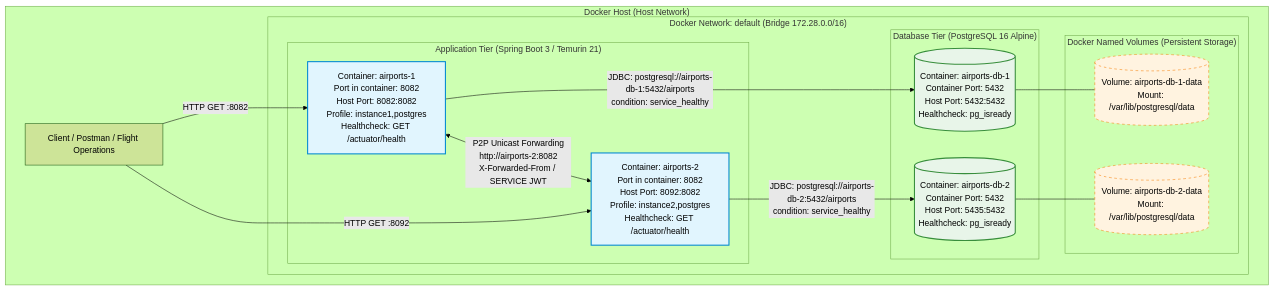
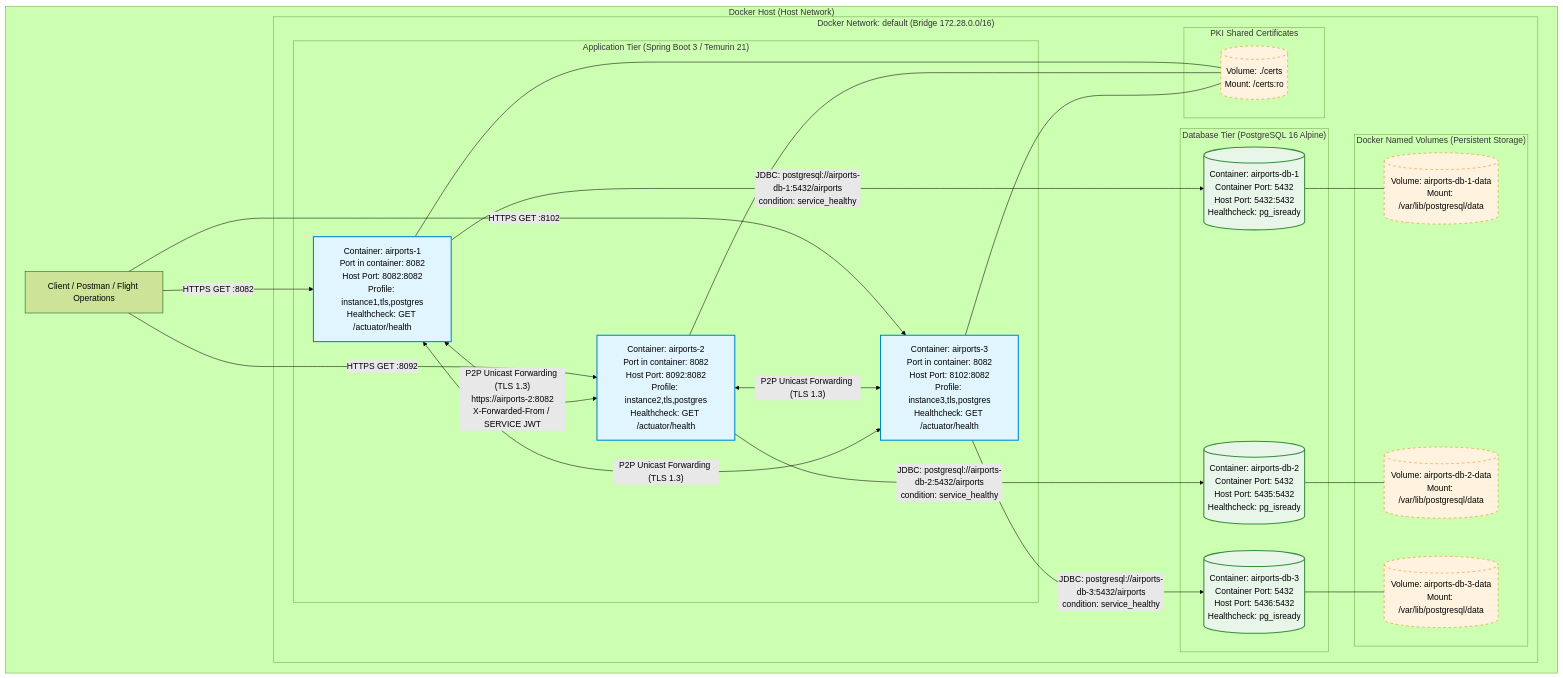
One commit to ImJay1527/airports-routes-service changed the diagram in docs/diagrams/7-docker-compose-deployment.mmd. Above: the diagram before and after it, drawn with Mermaid (forest theme). The commit also changed 5 other files, not shown here.

Commit message:
docs: align architecture, C4+1 model, and service contracts with peer services

```diff
--- a/docs/diagrams/7-docker-compose-deployment.mmd
+++ b/docs/diagrams/7-docker-compose-deployment.mmd
@@ -1,40 +1,56 @@
 %% C4 Deployment View: Standalone airports-routes Docker Compose Deployment
 flowchart TB
     subgraph Host["Docker Host (Host Network)"]
         client["Client / Postman / Flight Operations"]
 
         subgraph DockerBridge["Docker Network: default (Bridge 172.28.0.0/16)"]
             subgraph ServiceCluster["Application Tier (Spring Boot 3 / Temurin 21)"]
-                ar1["Container: airports-1<br/>Port in container: 8082<br/>Host Port: 8082:8082<br/>Profile: instance1,postgres<br/>Healthcheck: GET /actuator/health"]
-                ar2["Container: airports-2<br/>Port in container: 8082<br/>Host Port: 8092:8082<br/>Profile: instance2,postgres<br/>Healthcheck: GET /actuator/health"]
+                ar1["Container: airports-1<br/>Port in container: 8082<br/>Host Port: 8082:8082<br/>Profile: instance1,tls,postgres<br/>Healthcheck: GET /actuator/health"]
+                ar2["Container: airports-2<br/>Port in container: 8082<br/>Host Port: 8092:8082<br/>Profile: instance2,tls,postgres<br/>Healthcheck: GET /actuator/health"]
+                ar3["Container: airports-3<br/>Port in container: 8082<br/>Host Port: 8102:8082<br/>Profile: instance3,tls,postgres<br/>Healthcheck: GET /actuator/health"]
             end
 
             subgraph DatabaseTier["Database Tier (PostgreSQL 16 Alpine)"]
                 db1[("Container: airports-db-1<br/>Container Port: 5432<br/>Host Port: 5432:5432<br/>Healthcheck: pg_isready")]
                 db2[("Container: airports-db-2<br/>Container Port: 5432<br/>Host Port: 5435:5432<br/>Healthcheck: pg_isready")]
+                db3[("Container: airports-db-3<br/>Container Port: 5432<br/>Host Port: 5436:5432<br/>Healthcheck: pg_isready")]
             end
 
             subgraph Volumes["Docker Named Volumes (Persistent Storage)"]
                 vol1[("Volume: airports-db-1-data<br/>Mount: /var/lib/postgresql/data")]
                 vol2[("Volume: airports-db-2-data<br/>Mount: /var/lib/postgresql/data")]
+                vol3[("Volume: airports-db-3-data<br/>Mount: /var/lib/postgresql/data")]
+            end
+
+            subgraph CertsVolume["PKI Shared Certificates"]
+                volCerts[("Volume: ./certs<br/>Mount: /certs:ro")]
             end
         end
     end
 
-    client -->|"HTTP GET :8082"| ar1
-    client -->|"HTTP GET :8092"| ar2
+    client -->|"HTTPS GET :8082"| ar1
+    client -->|"HTTPS GET :8092"| ar2
+    client -->|"HTTPS GET :8102"| ar3
 
-    ar1 <-->|"P2P Unicast Forwarding<br/>http://airports-2:8082<br/>X-Forwarded-From / SERVICE JWT"| ar2
+    ar1 <-->|"P2P Unicast Forwarding (TLS 1.3)<br/>https://airports-2:8082<br/>X-Forwarded-From / SERVICE JWT"| ar2
+    ar2 <-->|"P2P Unicast Forwarding (TLS 1.3)"| ar3
+    ar1 <-->|"P2P Unicast Forwarding (TLS 1.3)"| ar3
 
     ar1 -->|"JDBC: postgresql://airports-db-1:5432/airports<br/>condition: service_healthy"| db1
     ar2 -->|"JDBC: postgresql://airports-db-2:5432/airports<br/>condition: service_healthy"| db2
+    ar3 -->|"JDBC: postgresql://airports-db-3:5432/airports<br/>condition: service_healthy"| db3
 
     db1 --- vol1
     db2 --- vol2
+    db3 --- vol3
+
+    ar1 --- volCerts
+    ar2 --- volCerts
+    ar3 --- volCerts
 
     classDef app fill:#e1f5fe,stroke:#0288d1,stroke-width:2px;
     classDef db fill:#e8f5e9,stroke:#388e3c,stroke-width:2px;
     classDef vol fill:#fff3e0,stroke:#f57c00,stroke-width:1px,stroke-dasharray: 5 5;
-    class ar1,ar2 app;
-    class db1,db2 db;
-    class vol1,vol2 vol;
+    class ar1,ar2,ar3 app;
+    class db1,db2,db3 db;
+    class vol1,vol2,vol3,volCerts vol;
```
